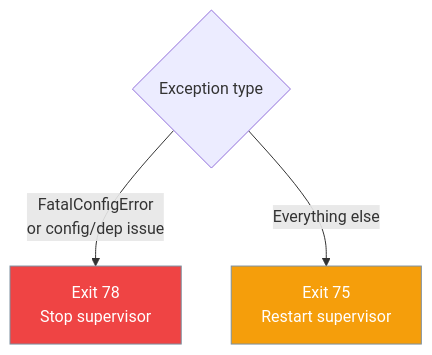
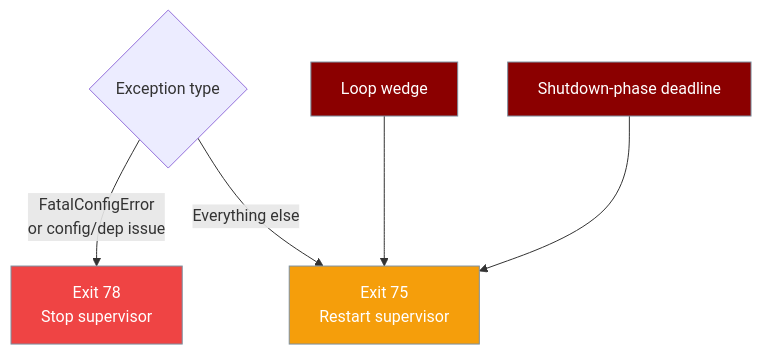
Before and after one commit to MervinPraison/PraisonAIDocs: the second of 3 diagrams in docs/features/gateway-exit-codes.mdx, drawn with Mermaid. The commit also changed other lines of this file and 2 other files, not shown here.

Commit message:
docs: document shutdown-phase deadline watchdog (fixes #4138)
Reflect PR #5084 — LoopWatchdog.arm_deadline / gateway.watchdog.shutdown_grace
/ stop(grace=…). Adds a Shutdown-phase deadline mode section to the loop
watchdog page, config table rows, a drain-page step/accordion/card, and an
exit-codes producer entry for os._exit(75).

````diff
--- a/docs/features/gateway-exit-codes.mdx
+++ b/docs/features/gateway-exit-codes.mdx
@@ -138,11 +139,15 @@
 ```mermaid
 graph TB
     E{Exception type} -->|FatalConfigError\nor config/dep issue| F78[Exit 78\nStop supervisor]
     E -->|Everything else| F75[Exit 75\nRestart supervisor]
+    WEDGE[Loop wedge] --> F75
+    DEADLINE[Shutdown-phase deadline] --> F75
 
     classDef fatal fill:#EF4444,stroke:#7C90A0,color:#fff
     classDef temp fill:#F59E0B,stroke:#7C90A0,color:#fff
+    classDef watchdog fill:#8B0000,stroke:#7C90A0,color:#fff
 
     class F78 fatal
     class F75 temp
+    class WEDGE,DEADLINE watchdog
 ```
````
